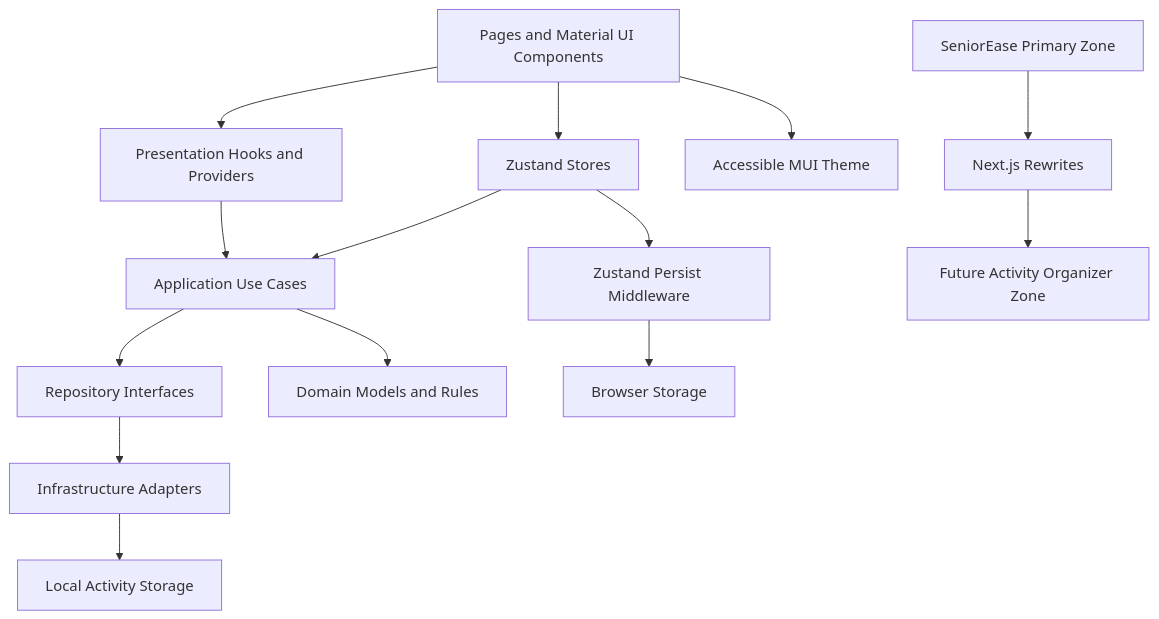
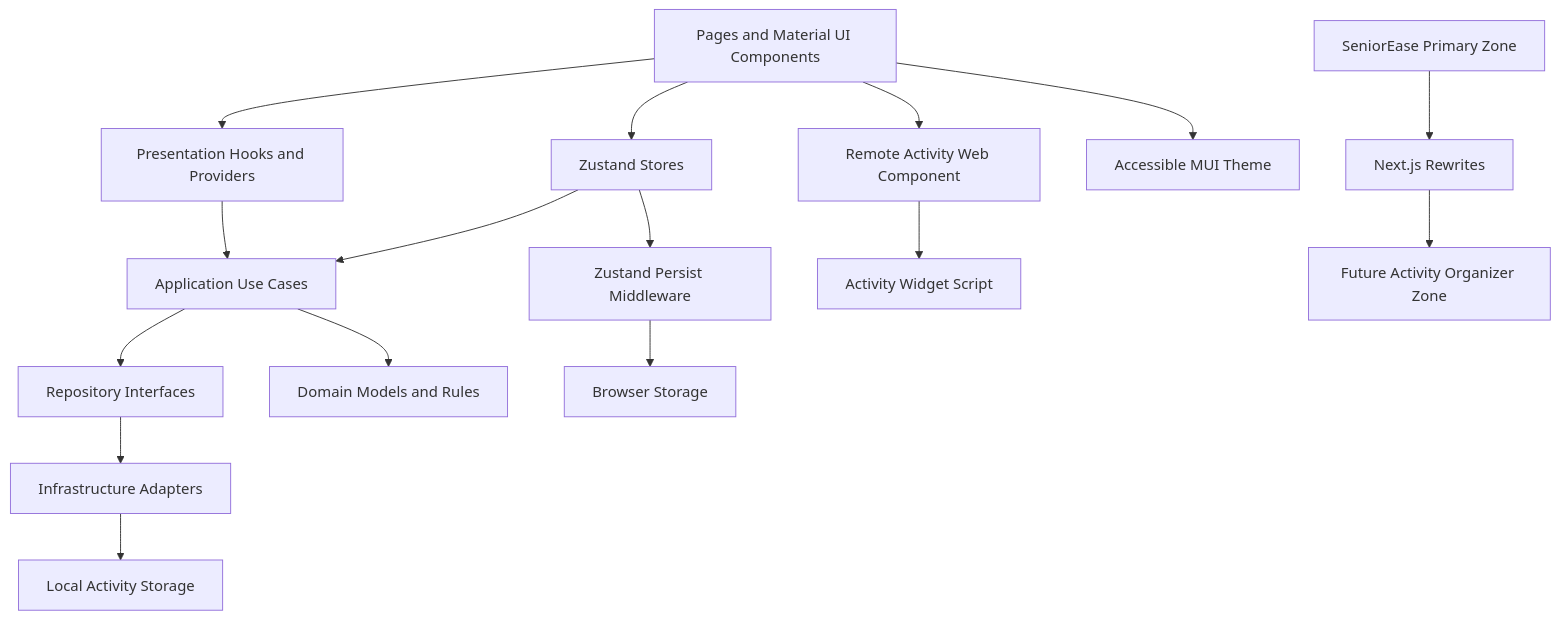
The diagram in .specs/features/seniorease-platform/design.md (carollyb/seniorease-web), drawn with Mermaid before and after one commit. The commit also changed other lines of this file and 7 other files, not shown here.

````diff
--- a/.specs/features/seniorease-platform/design.md
+++ b/.specs/features/seniorease-platform/design.md
@@ -12,16 +12,18 @@
 ```mermaid
 graph TD
     UI[Pages and Material UI Components] --> Hooks[Presentation Hooks and Providers]
     UI --> Stores[Zustand Stores]
+    UI --> RemoteWidget[Remote Activity Web Component]
     Hooks --> UseCases[Application Use Cases]
     Stores --> UseCases
     Stores --> Persist[Zustand Persist Middleware]
     Persist --> BrowserStorage[Browser Storage]
     UseCases --> Ports[Repository Interfaces]
     Ports --> Adapters[Infrastructure Adapters]
     Adapters --> Storage[Local Activity Storage]
     UseCases --> Domain[Domain Models and Rules]
     UI --> Theme[Accessible MUI Theme]
     PrimaryZone[SeniorEase Primary Zone] --> Rewrites[Next.js Rewrites]
     Rewrites --> ActivityZone[Future Activity Organizer Zone]
+    RemoteWidget --> WidgetBundle[Activity Widget Script]
 ```
````
